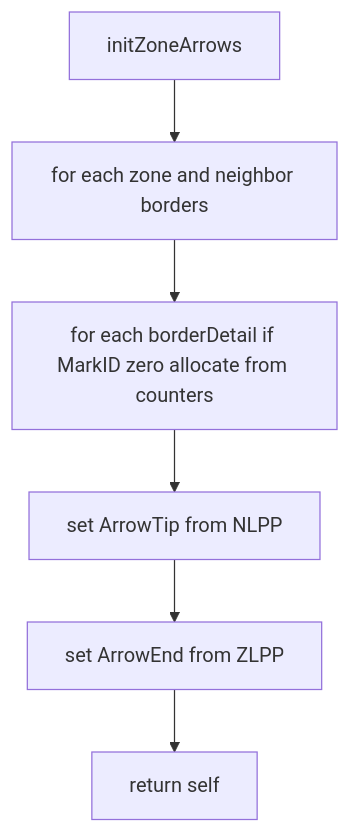
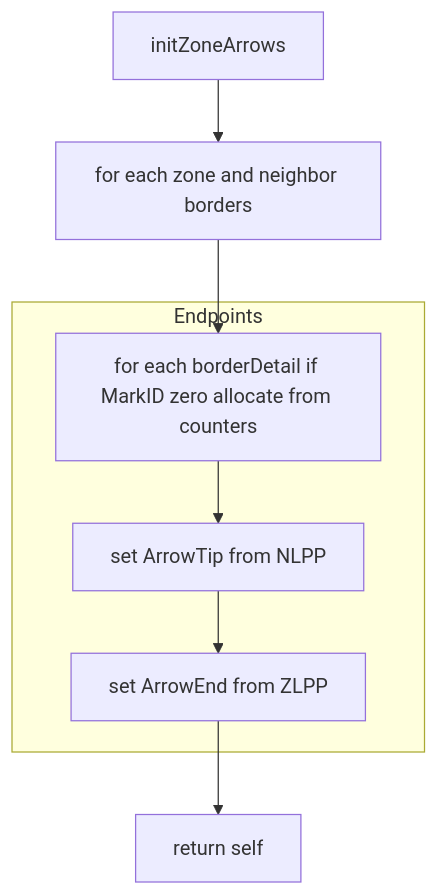
The third of 6 diagrams in docs/zone_manager/markers_and_arrows.md (Gh0st352/AETHR), drawn with Mermaid before and after one commit. The commit also changed other lines of this file and 6 other files, not shown here.

Commit message:
docs(zone_manager, mermaid): normalize headings, restructure Mermaid diagrams, and add shared theme & class annotations

````diff
--- a/docs/zone_manager/markers_and_arrows.md
+++ b/docs/zone_manager/markers_and_arrows.md
@@ -82,8 +95,13 @@
 ```mermaid
+%% shared theme: docs/_mermaid/theme.json %%
 flowchart TD
   IA1[initZoneArrows] --> IA2[for each zone and neighbor borders]
   IA2 --> IA3[for each borderDetail if MarkID zero allocate from counters]
-  IA3 --> IA4[set ArrowTip from NLPP]
-  IA4 --> IA5[set ArrowEnd from ZLPP]
+  subgraph "Endpoints"
+    IA3 --> IA4[set ArrowTip from NLPP]
+    IA4 --> IA5[set ArrowEnd from ZLPP]
+  end
   IA5 --> IA6[return self]
+  class IA3,IA4,IA5 class_compute;
+  class IA6 class_result;
 ```
````
